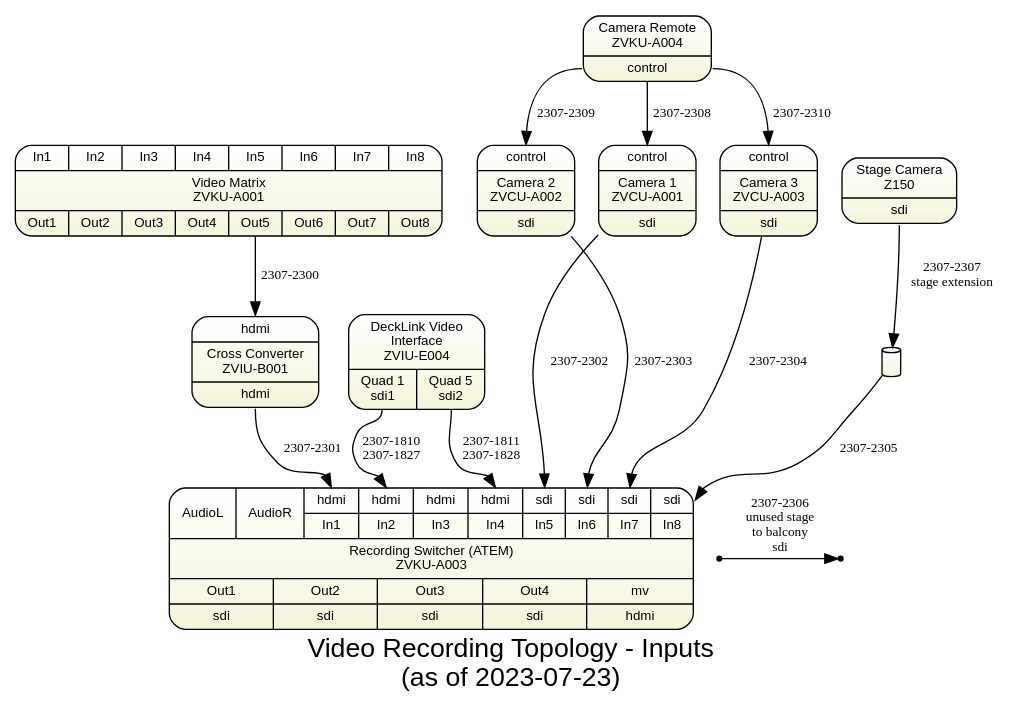
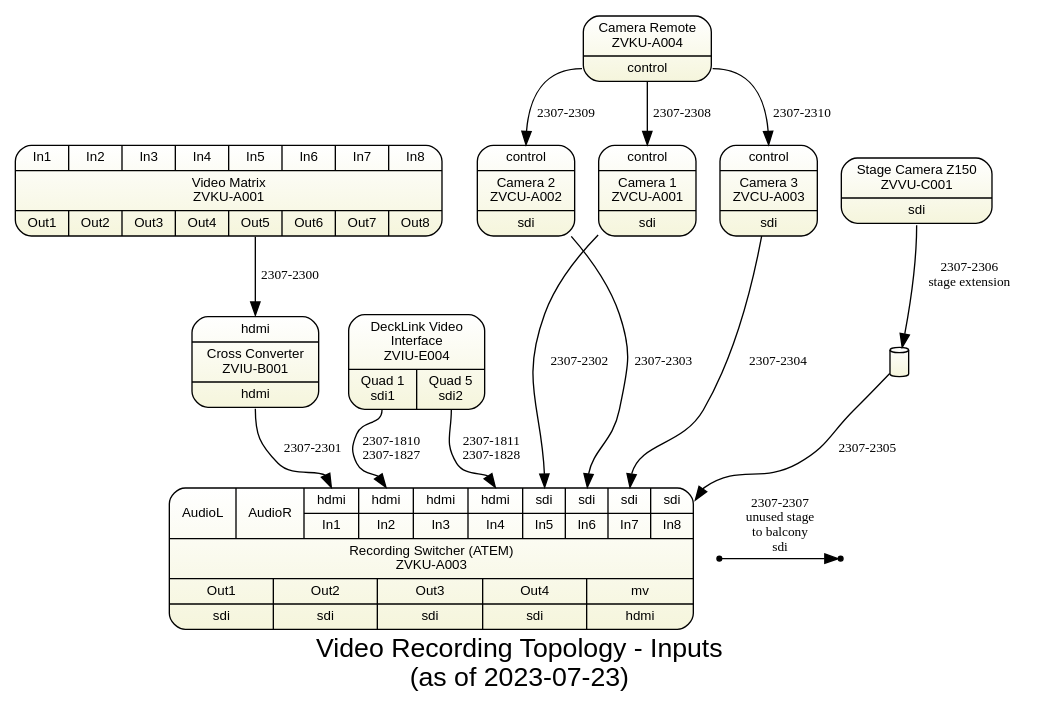
The diagram in sdv-topology5-rec-inputs.gv (avmaint/uactechdoc), drawn with Graphviz before and after one commit. The commit also changed 2 other files, not shown here.

```diff
--- a/sdv-topology5-rec-inputs.gv
+++ b/sdv-topology5-rec-inputs.gv
@@ -1,85 +1,85 @@
 digraph recording { 
   
 graph [overlap = true, fontsize = 20, 
       label="Video Recording Topology - Inputs\n(as of 2023-07-23)",
       fontname = Helvetica, bgcolor=white
       ]
  
 node [shape = Mrecord style=filled , fillcolor="white:beige"  , fontsize = 10,
       gradientangle=270 fontname = Helvetica ]
       
 camera1 [label="{<control>control|Camera 1\nZVCU-A001|sdi}" tooltip="Sony SRG360SHE"]
 camera2 [label="{<control>control|Camera 2\nZVCU-A002|sdi}" tooltip="Sony SRG360SHE"]
 camera3 [label="{<control>control|Camera 3\nZVCU-A003|sdi}" tooltip="Sony SRG360SHE"]
  
 zvkua003 [
   tooltip="BMD ATEM Television Studio Pro HD"
 
   label="{
     {{<al>AudioL}|{<ar>AudioR}|
       {<i1>hdmi|In1}|{<i2>hdmi|In2}|{<i3>hdmi|In3}|{<i4>hdmi|In4}
       |{<i5>sdi|In5}|{<i6>sdi|In6}|{<i7>sdi|In7}|{<i8>sdi|In8}}
       |Recording Switcher (ATEM)\nZVKU-A003|
       {{Out1|<o1>sdi}|{Out2|<o2>sdi}|{Out3|<o3>sdi}|{Out4|<o4>sdi}|{mv|<mv>hdmi}}
     }"
 ]
 
 zviue004kf [  label="
 { DeckLink Video\nInterface\nZVIU-E004 | 
  { 
   <c1> Quad 1\nsdi1 
 | <c2> Quad 5\nsdi2
 } } 
 "];  
 
 zvkua001 [
   tooltip="Kramer VS-88DT"
   label="{
   {
     <i1>In1|<i2>In2|<i3>In3|<i4>In4|<i5>In5| <i6> In6 |<i7>In7|{<i8>In8}}
   |Video Matrix\nZVKU-A001|
   {<o1>Out1|<o2>Out2|<o3>Out3|<o4>Out4|<o5>Out5|<o6>Out6 |<o7>Out7| <o8> Out8 } }"]
    
 rmip10 [
   label="{
       Camera Remote\nZVKU-A004 
       |<control>control
     }"
   tooltip="Sony RMIP10"
 ]
 
 mdhx1 [
   label="{
       <hdmiin>hdmi|Cross Converter\nZVIU-B001 
       |<hdmiout>hdmi
     }"
   tooltip="Decimator MD-HX"
 ]
  
-z150 [ label="{Stage Camera\nZ150|<sdi>sdi}" ] 
+z150 [ label="{Stage Camera Z150\nZVVU-C001|<sdi>sdi}" ] 
  
 camera1  -> zvkua003:i5 [label="2307-2302" fontsize=10]
 camera2  -> zvkua003:i6 [label="2307-2303" fontsize=10]
 camera3  -> zvkua003:i7 [label="2307-2304" fontsize=10]
 
 b2305 [shape=cylinder width=0.2 height=0.3 label=""]
-z150:sdi -> b2305  [label="2307-2307\nstage extension" fontsize=10]
+z150:sdi -> b2305  [label="2307-2306\nstage extension" fontsize=10]
 b2305 -> zvkua003:i8 [label="2307-2305" fontsize=10  ]
  
 p1 [shape=point]
 p2 [shape=point]
-p1 -> p2 [label="2307-2306\nunused stage\nto balcony\nsdi" fontsize=10]
+p1 -> p2 [label="2307-2307\nunused stage\nto balcony\nsdi" fontsize=10]
  
 rmip10:control -> camera1:control [label="2307-2308" fontsize=10]
 rmip10:control -> camera2:control [label="2307-2309" fontsize=10]
 rmip10:control -> camera3:control [label="2307-2310" fontsize=10]
  
 zvkua001:o5 -> mdhx1:hdmiin  [label="2307-2300" fontsize=10]
 mdhx1:hdmiout -> zvkua003:i1 [label="2307-2301" fontsize=10]
  
 zviue004kf:c1 -> zvkua003:i2 [label="2307-1810\n2307-1827" fontsize=10]
 zviue004kf:c2 -> zvkua003:i4 [label="2307-1811\n2307-1828" fontsize=10]
 
-{rank=same; z150 camera2 camera3 camera1       }
-{rank=max;    p2 p1}
+{rank=same; z150 camera2 camera3 camera1 }
+{rank=max;  p2 p1}
 } 
```
